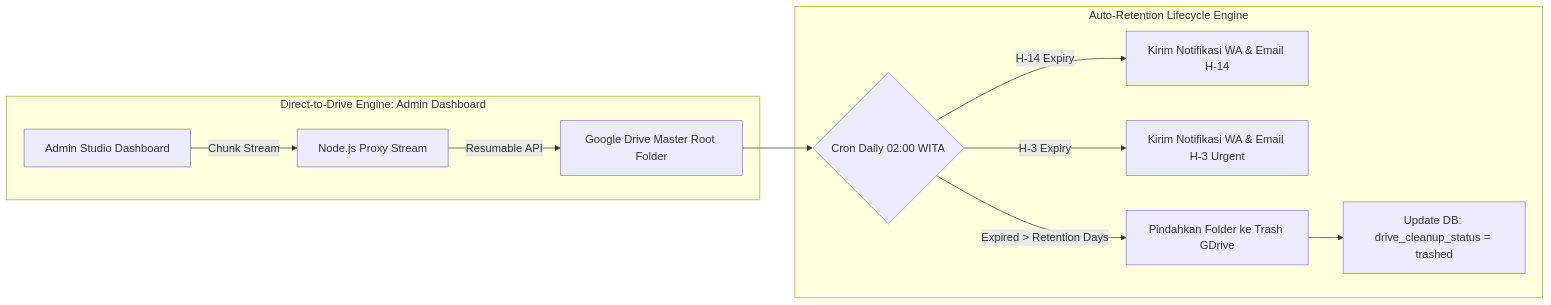
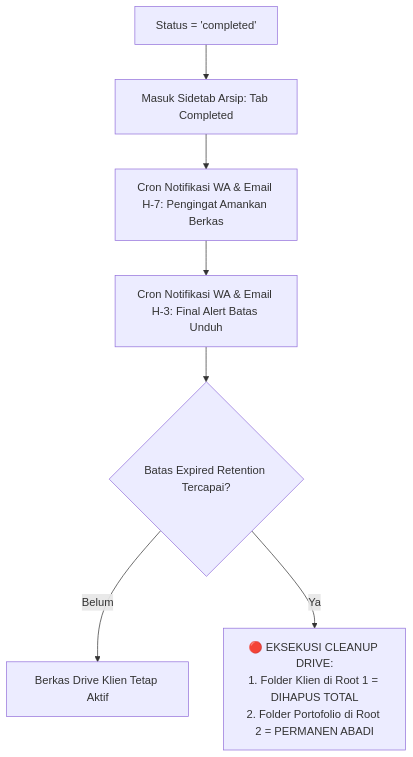
The fifth of 6 diagrams in FLOW_SISTEM/DOKUMENTASI_KOMPREHENSIF_DAN_DEEP_AUDIT_SISTEM_WISUDA.md (armansyam/Wisuda), drawn with Mermaid before and after one commit. The commit also changed other lines of this file and 8 other files, not shown here.

Commit message:
fix(portal): purge all dead freelance upload code, clean timeline events, sync zero-upload admin-centric flow

````diff
--- a/FLOW_SISTEM/DOKUMENTASI_KOMPREHENSIF_DAN_DEEP_AUDIT_SISTEM_WISUDA.md
+++ b/FLOW_SISTEM/DOKUMENTASI_KOMPREHENSIF_DAN_DEEP_AUDIT_SISTEM_WISUDA.md
@@ -187,15 +216,10 @@
 ```mermaid
-graph LR
-    subgraph DirectUploadEngine[Direct-to-Drive Engine: Admin Dashboard]
-        A[Admin Studio Dashboard] -->|Chunk Stream| B[Node.js Proxy Stream]
-        B -->|Resumable API| C[Google Drive Master Root Folder]
-    end
-
-    subgraph RetentionEngine[Auto-Retention Lifecycle Engine]
-        C --> D{Cron Daily 02:00 WITA}
-        D -->|H-14 Expiry| E[Kirim Notifikasi WA & Email H-14]
-        D -->|H-3 Expiry| F[Kirim Notifikasi WA & Email H-3 Urgent]
-        D -->|Expired > Retention Days| G[Pindahkan Folder ke Trash GDrive]
-        G --> H[Update DB: drive_cleanup_status = trashed]
-    end
+graph TD
+    AD[Status = 'completed'] --> AE[Masuk Sidetab Arsip: Tab Completed]
+    AE --> AF[Cron Notifikasi WA & Email H-7: Pengingat Amankan Berkas]
+    AF --> AG[Cron Notifikasi WA & Email H-3: Final Alert Batas Unduh]
+    
+    AG --> AH{Batas Expired Retention Tercapai?}
+    AH -->|Belum| AI[Berkas Drive Klien Tetap Aktif]
+    AH -->|Ya| AJ[🔴 EKSEKUSI CLEANUP DRIVE:<br/>1. Folder Klien di Root 1 = DIHAPUS TOTAL<br/>2. Folder Portofolio di Root 2 = PERMANEN ABADI]
 ```
````
